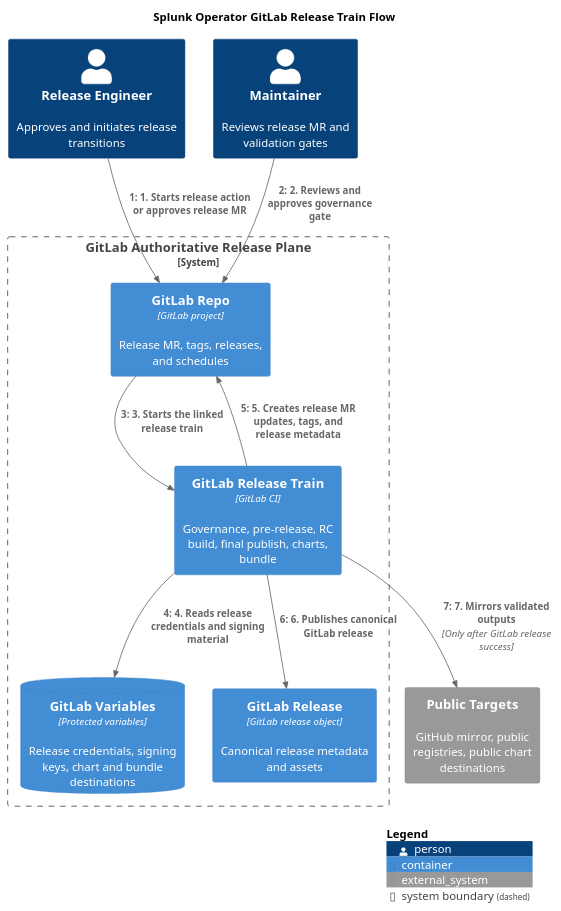
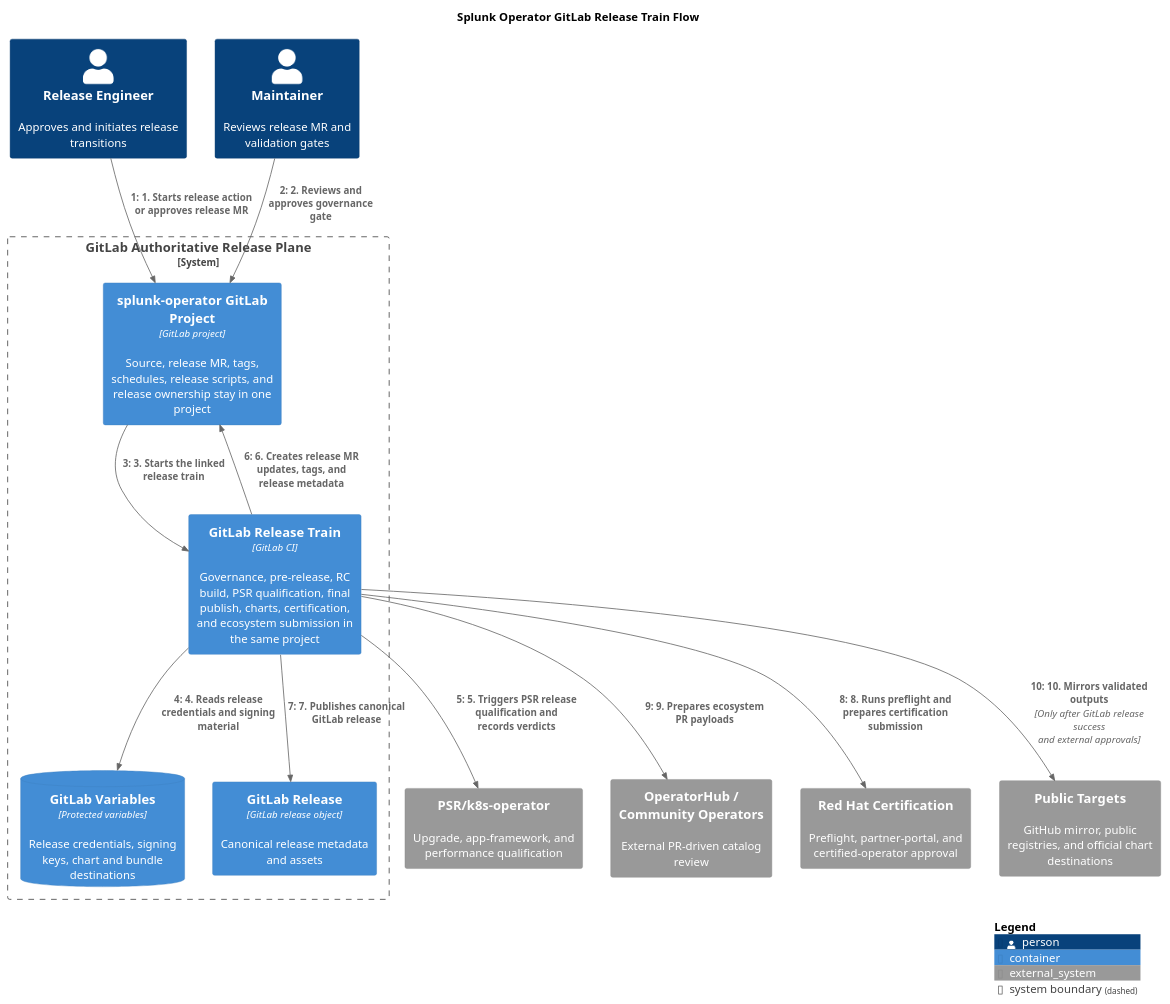
The diagram in docs/diagrams/gitlab-release-train-flow.puml (vivekr-splunk/splunk-operator-mirror-dr), drawn with PlantUML before and after one commit. The commit also changed 12 other files, not shown here.

Commit message:
Model PSR and certification in the GitLab release train

```diff
--- a/docs/diagrams/gitlab-release-train-flow.puml
+++ b/docs/diagrams/gitlab-release-train-flow.puml
@@ -1,27 +1,33 @@
 @startuml
 !includeurl https://raw.githubusercontent.com/plantuml-stdlib/C4-PlantUML/master/C4_Dynamic.puml
 
 title Splunk Operator GitLab Release Train Flow
 LAYOUT_WITH_LEGEND()
 
 Person(release_mgr, "Release Engineer", "Approves and initiates release transitions")
 Person(maintainer, "Maintainer", "Reviews release MR and validation gates")
-System_Ext(public_targets, "Public Targets", "GitHub mirror, public registries, public chart destinations")
+System_Ext(psr, "PSR/k8s-operator", "Upgrade, app-framework, and performance qualification")
+System_Ext(operatorhub, "OperatorHub / Community Operators", "External PR-driven catalog review")
+System_Ext(redhat, "Red Hat Certification", "Preflight, partner-portal, and certified-operator approval")
+System_Ext(public_targets, "Public Targets", "GitHub mirror, public registries, and official chart destinations")
 
 System_Boundary(gitlab_boundary, "GitLab Authoritative Release Plane") {
-  Container(repo, "GitLab Repo", "GitLab project", "Release MR, tags, releases, and schedules")
-  Container(ci, "GitLab Release Train", "GitLab CI", "Governance, pre-release, RC build, final publish, charts, bundle")
+  Container(repo, "splunk-operator GitLab Project", "GitLab project", "Source, release MR, tags, schedules, release scripts, and release ownership stay in one project")
+  Container(ci, "GitLab Release Train", "GitLab CI", "Governance, pre-release, RC build, PSR qualification, final publish, charts, certification, and ecosystem submission in the same project")
   ContainerDb(vars, "GitLab Variables", "Protected variables", "Release credentials, signing keys, chart and bundle destinations")
   Container(release_obj, "GitLab Release", "GitLab release object", "Canonical release metadata and assets")
 }
 
 Rel(release_mgr, repo, "1. Starts release action or approves release MR")
 Rel(maintainer, repo, "2. Reviews and approves governance gate")
 Rel(repo, ci, "3. Starts the linked release train")
 Rel(ci, vars, "4. Reads release credentials and signing material")
-Rel(ci, repo, "5. Creates release MR updates, tags, and release metadata")
-Rel(ci, release_obj, "6. Publishes canonical GitLab release")
-Rel(ci, public_targets, "7. Mirrors validated outputs", "Only after GitLab release success")
+Rel(ci, psr, "5. Triggers PSR release qualification and records verdicts")
+Rel(ci, repo, "6. Creates release MR updates, tags, and release metadata")
+Rel(ci, release_obj, "7. Publishes canonical GitLab release")
+Rel(ci, redhat, "8. Runs preflight and prepares certification submission")
+Rel(ci, operatorhub, "9. Prepares ecosystem PR payloads")
+Rel(ci, public_targets, "10. Mirrors validated outputs", "Only after GitLab release success and external approvals")
 
 SHOW_LEGEND()
 @enduml
```
